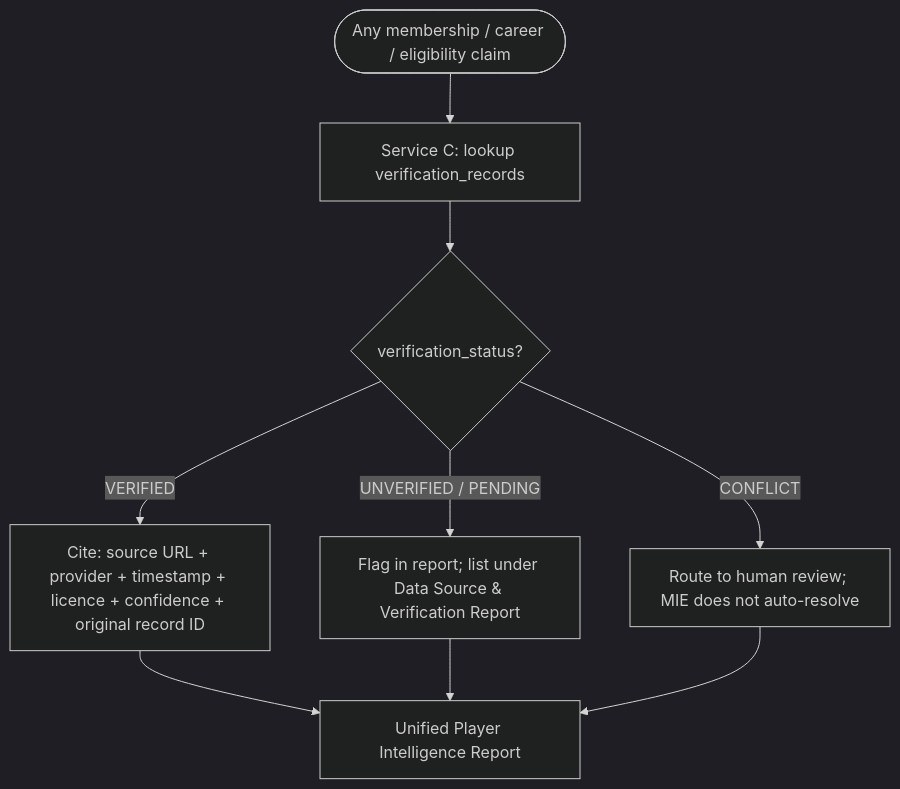
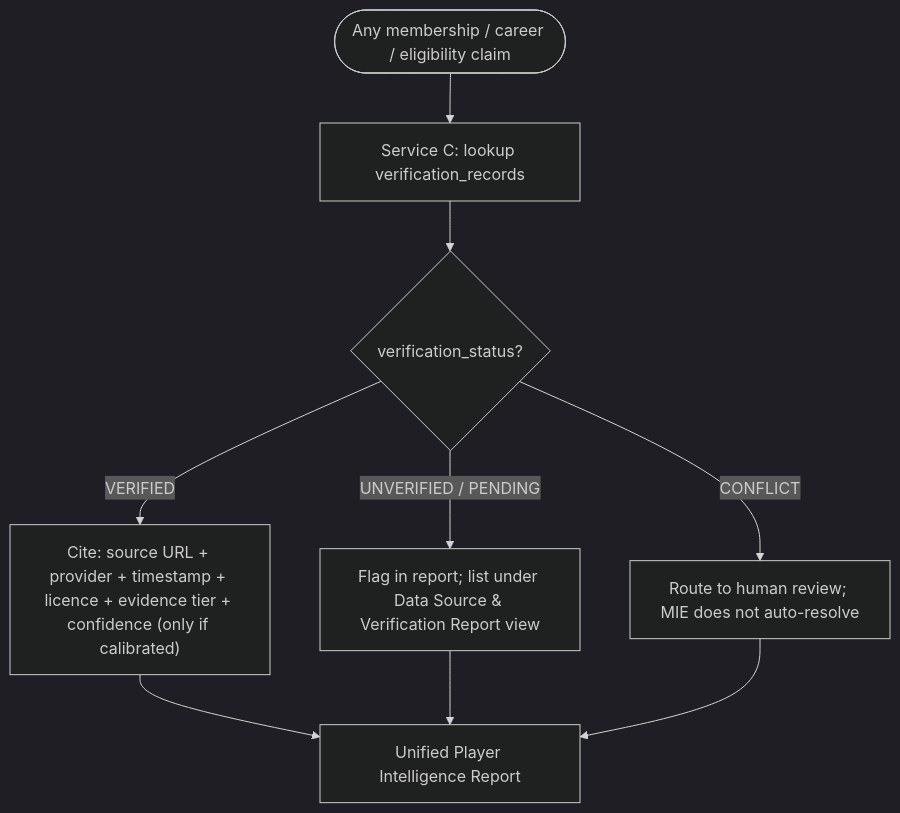
The tenth of 10 diagrams in docs/ARCHITECTURE.md (Subhadip-Paul2006/IPL_Team), drawn with Mermaid (dark theme) before and after one commit. The commit also changed other lines of this file, not shown here.

````diff
--- a/docs/ARCHITECTURE.md
+++ b/docs/ARCHITECTURE.md
@@ -347,11 +382,11 @@
 ```mermaid
 flowchart TD
     Claim(["Any membership / career / eligibility claim"]) --> VLookup["Service C: lookup verification_records"]
     VLookup --> VState{"verification_status?"}
-    VState -- "VERIFIED" --> Cite["Cite: source URL + provider + timestamp + licence + confidence + original record ID"]
-    VState -- "UNVERIFIED / PENDING" --> Flag["Flag in report; list under Data Source & Verification Report"]
+    VState -- "VERIFIED" --> Cite["Cite: source URL + provider + timestamp + licence + evidence tier + confidence (only if calibrated)"]
+    VState -- "UNVERIFIED / PENDING" --> Flag["Flag in report; list under Data Source & Verification Report view"]
     VState -- "CONFLICT" --> HumanReview["Route to human review; MIE does not auto-resolve"]
     Cite --> Report["Unified Player Intelligence Report"]
     Flag --> Report
     HumanReview --> Report
 ```
````
